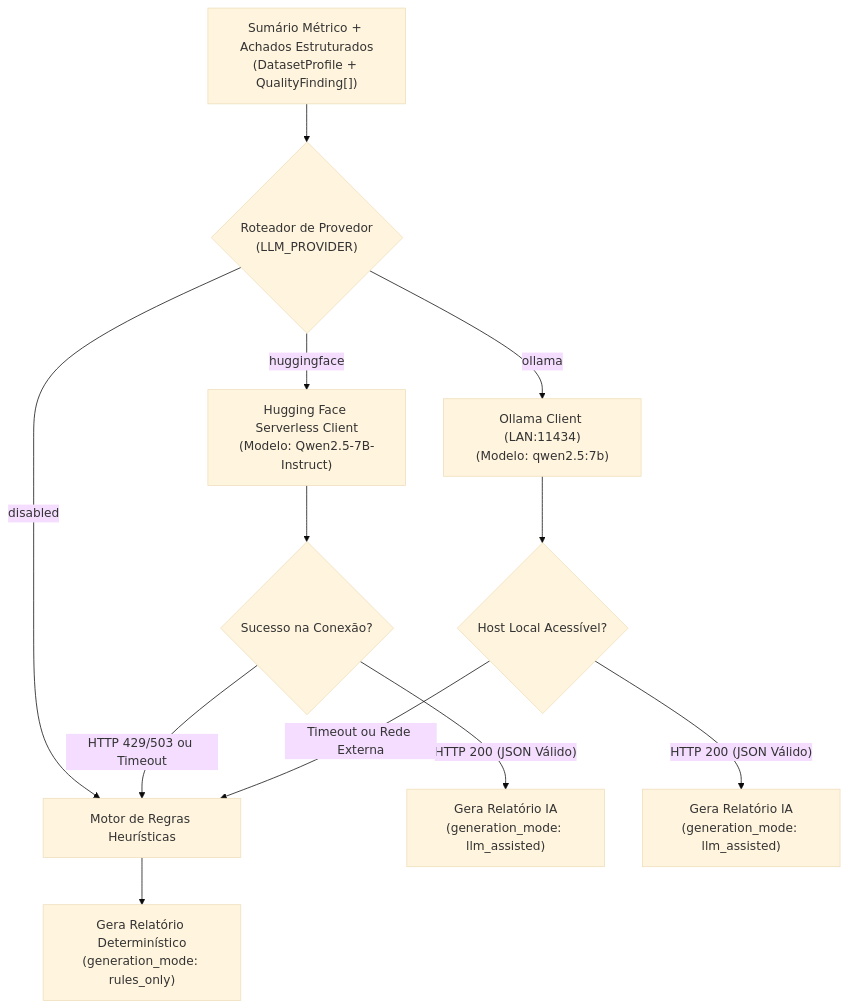
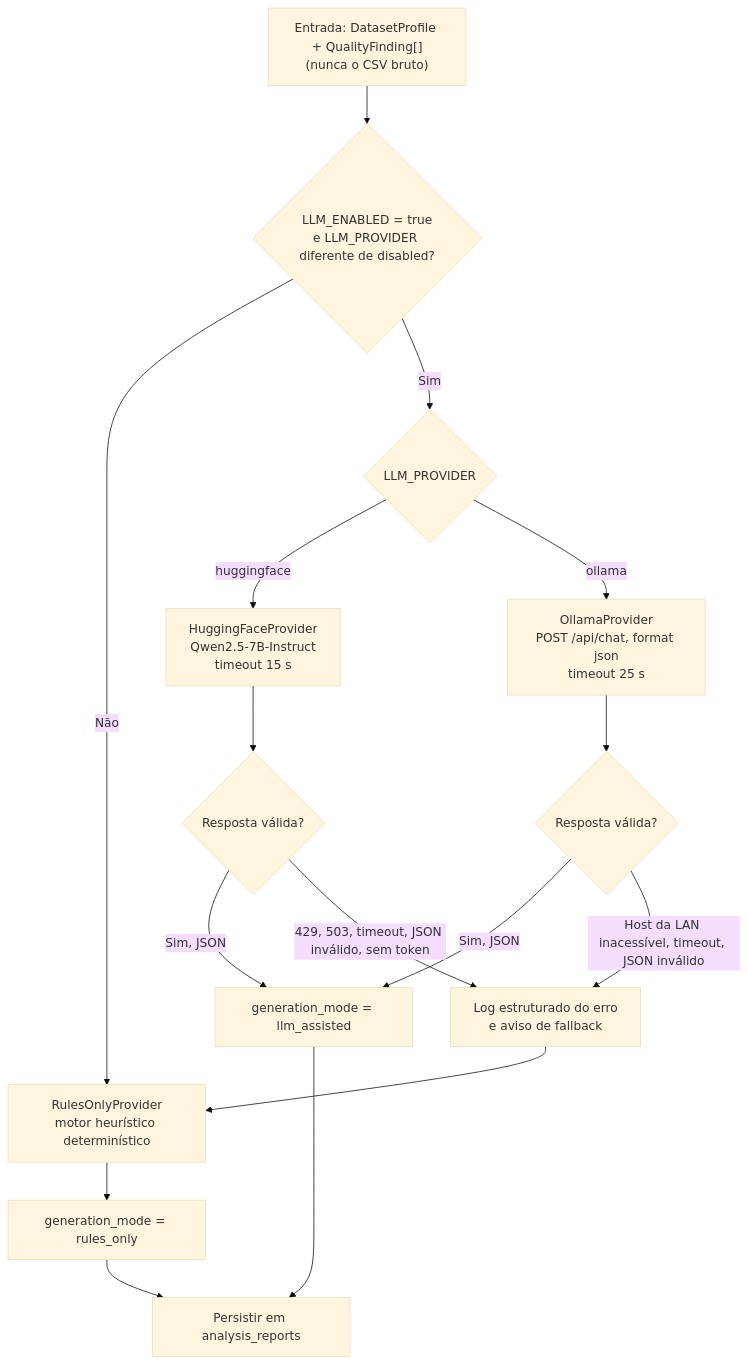
One commit to lucasblima-dev/data-guard changed the sixth of 8 diagrams in docs/ARQUITETURA.md. Above: the diagram before and after it, drawn with Mermaid (base theme). The commit also changed other lines of this file and 2 other files, not shown here.

````diff
--- a/docs/ARQUITETURA.md
+++ b/docs/ARQUITETURA.md
@@ -170,18 +247,20 @@
 ```mermaid
 flowchart TD
-    InputData["Sumário Métrico + Achados Estruturados\n(DatasetProfile + QualityFinding[])"] --> StrategyRouter{"Roteador de Provedor\n(LLM_PROVIDER)"}
-    
-    StrategyRouter -->|"huggingface"| CloudProvider["Hugging Face Serverless Client\n(Modelo: Qwen2.5-7B-Instruct)"]
-    StrategyRouter -->|"ollama"| LANProvider["Ollama Client (LAN:11434)\n(Modelo: qwen2.5:7b)"]
-    StrategyRouter -->|"disabled"| RulesEngine["Motor de Regras Heurísticas"]
+    CTX["Entrada: DatasetProfile + QualityFinding[]<br/>(nunca o CSV bruto)"] --> CHK{"LLM_ENABLED = true<br/>e LLM_PROVIDER diferente de disabled?"}
+    CHK -->|"Não"| RULES["RulesOnlyProvider<br/>motor heurístico determinístico"]
+    CHK -->|"Sim"| SW{"LLM_PROVIDER"}
+    SW -->|"huggingface"| HF["HuggingFaceProvider<br/>Qwen2.5-7B-Instruct<br/>timeout 15 s"]
+    SW -->|"ollama"| OL["OllamaProvider<br/>POST /api/chat, format json<br/>timeout 25 s"]
 
-    CloudProvider --> CloudCheck{"Sucesso na Conexão?"}
-    CloudCheck -->|"HTTP 200 (JSON Válido)"| SuccessCloud["Gera Relatório IA\n(generation_mode: llm_assisted)"]
-    CloudCheck -->|"HTTP 429/503 ou Timeout"| RulesEngine
+    HF --> HFOK{"Resposta válida?"}
+    OL --> OLOK{"Resposta válida?"}
+    HFOK -->|"Sim, JSON"| LLM["generation_mode = llm_assisted"]
+    OLOK -->|"Sim, JSON"| LLM
+    HFOK -->|"429, 503, timeout, JSON inválido, sem token"| LOG["Log estruturado do erro<br/>e aviso de fallback"]
+    OLOK -->|"Host da LAN inacessível, timeout, JSON inválido"| LOG
+    LOG --> RULES
 
-    LANProvider --> LANCheck{"Host Local Acessível?"}
-    LANCheck -->|"HTTP 200 (JSON Válido)"| SuccessLAN["Gera Relatório IA\n(generation_mode: llm_assisted)"]
-    LANCheck -->|"Timeout ou Rede Externa"| RulesEngine
-
-    RulesEngine --> DeterministicReport["Gera Relatório Determinístico\n(generation_mode: rules_only)"]
+    RULES --> RM["generation_mode = rules_only"]
+    LLM --> SAVE["Persistir em analysis_reports"]
+    RM --> SAVE
 ```
````
